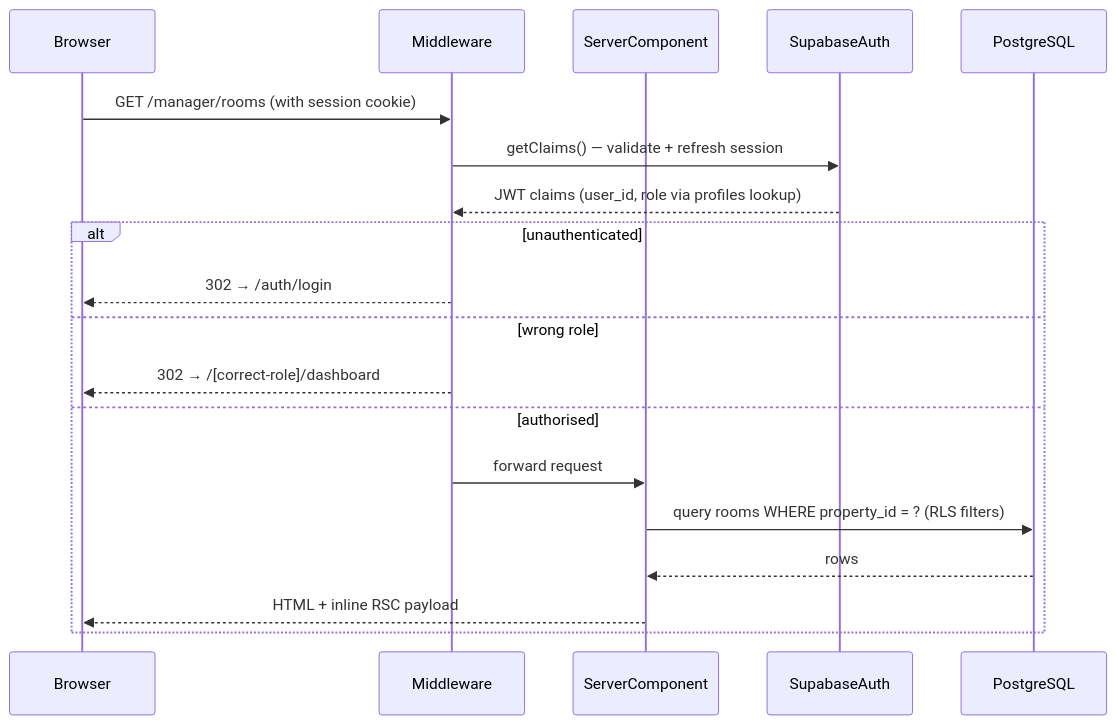
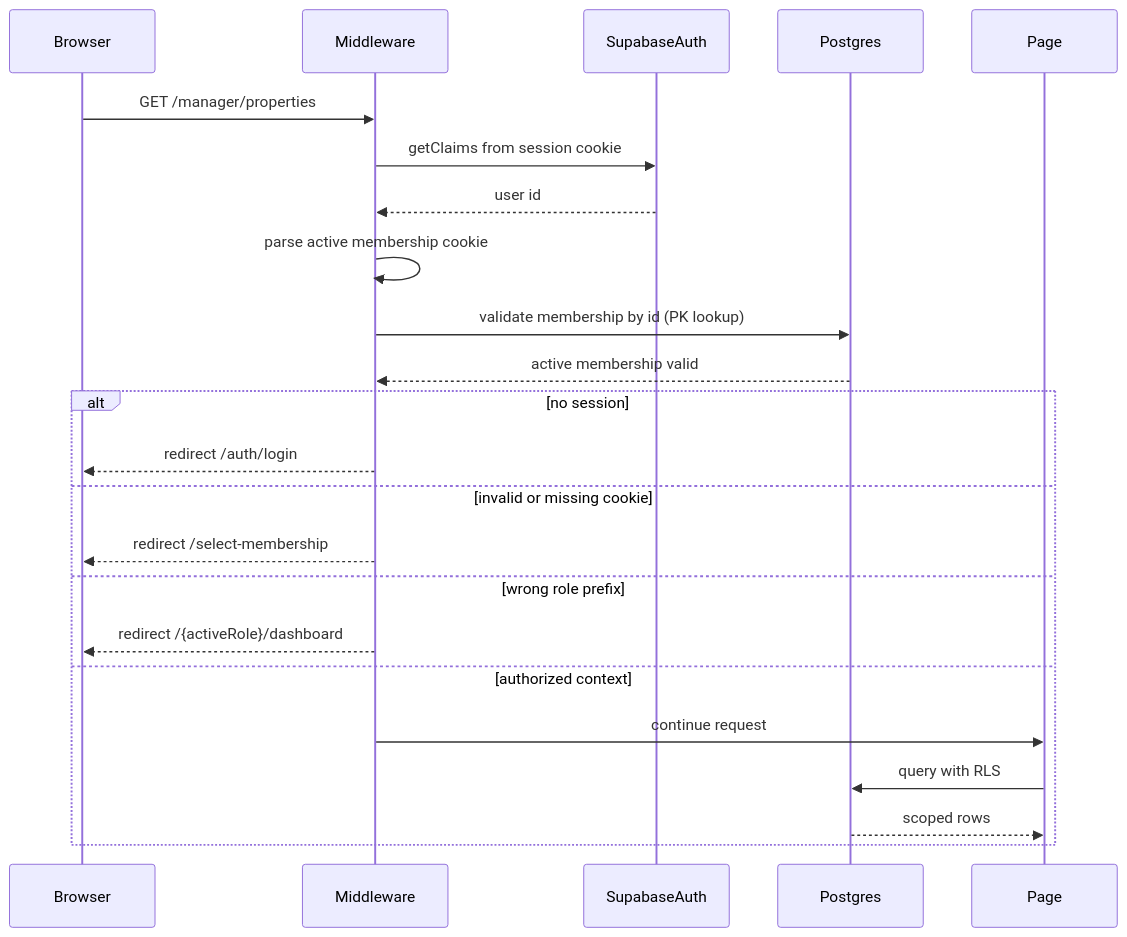
Before and after one commit to HACKUOrg/habio-web: the fourth of 8 diagrams in docs/02-system-architecture.md, drawn with Mermaid. The commit also changed other lines of this file and 82 other files, not shown here.

````diff
--- a/docs/02-system-architecture.md
+++ b/docs/02-system-architecture.md
@@ -67,22 +131,26 @@
 ```mermaid
 sequenceDiagram
     participant Browser
     participant Middleware
-    participant ServerComponent
     participant SupabaseAuth
-    participant PostgreSQL
+    participant Postgres
+    participant Page
 
-    Browser->>Middleware: GET /manager/rooms (with session cookie)
-    Middleware->>SupabaseAuth: getClaims() — validate + refresh session
-    SupabaseAuth-->>Middleware: JWT claims (user_id, role via profiles lookup)
-    alt unauthenticated
-        Middleware-->>Browser: 302 → /auth/login
-    else wrong role
-        Middleware-->>Browser: 302 → /[correct-role]/dashboard
-    else authorised
-        Middleware->>ServerComponent: forward request
-        ServerComponent->>PostgreSQL: query rooms WHERE property_id = ? (RLS filters)
-        PostgreSQL-->>ServerComponent: rows
-        ServerComponent-->>Browser: HTML + inline RSC payload
+    Browser->>Middleware: GET /manager/properties
+    Middleware->>SupabaseAuth: getClaims from session cookie
+    SupabaseAuth-->>Middleware: user id
+    Middleware->>Middleware: parse active membership cookie
+    Middleware->>Postgres: validate membership by id (PK lookup)
+    Postgres-->>Middleware: active membership valid
+    alt no session
+        Middleware-->>Browser: redirect /auth/login
+    else invalid or missing cookie
+        Middleware-->>Browser: redirect /select-membership
+    else wrong role prefix
+        Middleware-->>Browser: redirect /{activeRole}/dashboard
+    else authorized context
+        Middleware->>Page: continue request
+        Page->>Postgres: query with RLS
+        Postgres-->>Page: scoped rows
     end
 ```
````
